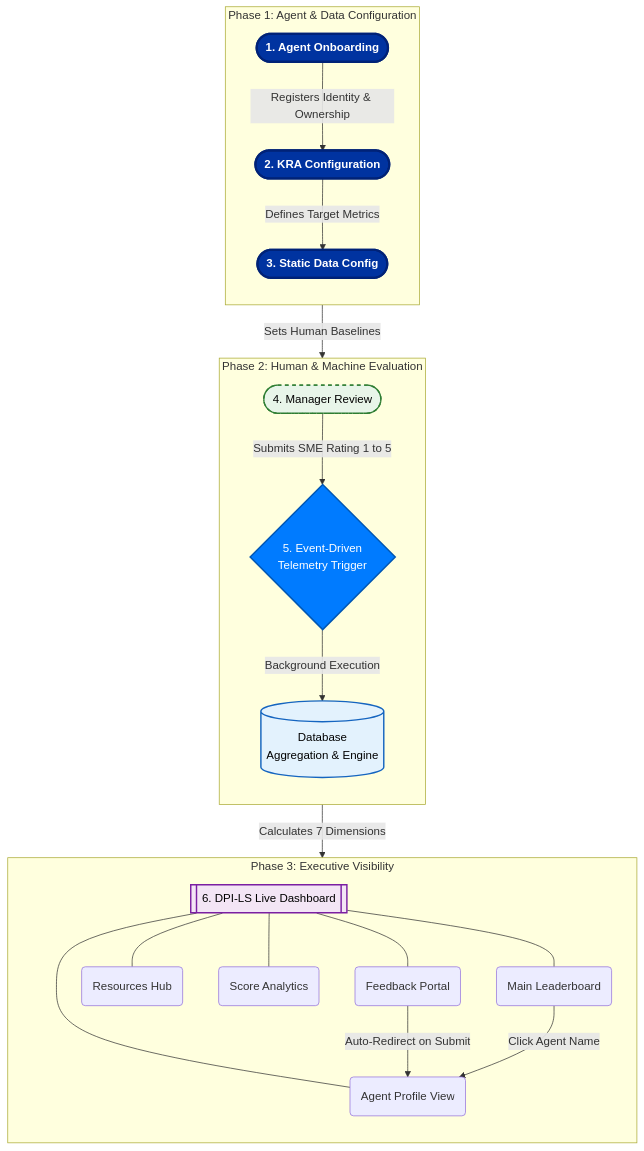
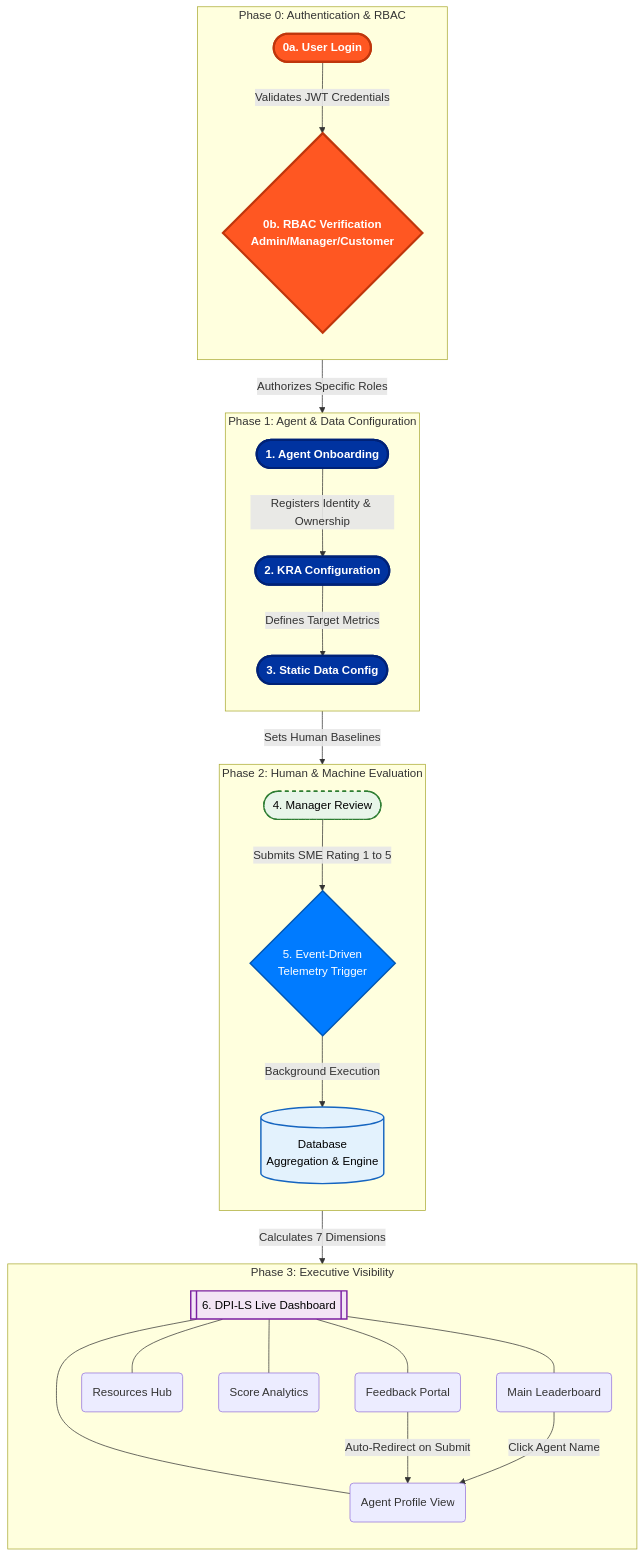
One commit to phanindraintelligenzit-afk/widget changed the diagram in dpi_ls_business_architecture.md. Above: the diagram before and after it, drawn with Mermaid.

Commit message:
docs: sync Phase 0 in mermaid architecture diagram

````diff
--- a/dpi_ls_business_architecture.md
+++ b/dpi_ls_business_architecture.md
@@ -5,52 +5,62 @@
 ```mermaid
 flowchart TD
     %% Define Global Styles
     classDef primary fill:#0033A0,stroke:#002277,stroke-width:3px,color:#ffffff,font-weight:bold,rx:10px,ry:10px;
     classDef secondary fill:#007BFF,stroke:#0056b3,stroke-width:2px,color:#ffffff,rx:8px,ry:8px;
     classDef database fill:#E3F2FD,stroke:#1565C0,stroke-width:2px,color:#000000;
     classDef dashboard fill:#F3E5F5,stroke:#7B1FA2,stroke-width:2px,color:#000000;
     classDef userAction fill:#E8F5E9,stroke:#2E7D32,stroke-width:2px,color:#000000,stroke-dasharray: 5 5;
+    classDef security fill:#FF5722,stroke:#BF360C,stroke-width:3px,color:#ffffff,font-weight:bold,rx:10px,ry:10px;
     
     %% Main Nodes
+    subgraph Phase 0: Security [Phase 0: Authentication & RBAC]
+        direction TB
+        L([0a. User Login]):::security
+        R{0b. RBAC Verification<br/>Admin/Manager/Customer}:::security
+    end
+
     subgraph Phase 1: Preparation [Phase 1: Agent & Data Configuration]
         direction TB
         A([1. Agent Onboarding]):::primary
         B([2. KRA Configuration]):::primary
         C([3. Static Data Config]):::primary
     end
 
     subgraph Phase 2: Evaluation [Phase 2: Human & Machine Evaluation]
         direction TB
         D([4. Manager Review]):::userAction
         E{5. Event-Driven<br/>Telemetry Trigger}:::secondary
         F[(Database<br/>Aggregation & Engine)]:::database
     end
     
     subgraph Phase 3: Visibility [Phase 3: Executive Visibility]
         direction TB
         G[[6. DPI-LS Live Dashboard]]:::dashboard
         G1(Main Leaderboard)
         G2(Resources Hub)
         G3(Score Analytics)
         G4(Feedback Portal)
         G5(Agent Profile View)
     end
 
     %% Connections
+    L -->|Validates JWT Credentials| R
+    R -->|Authorizes Specific Roles| A
+    
     A -->|Registers Identity & Ownership| B
     B -->|Defines Target Metrics| C
     C -->|Sets Human Baselines| D
     
     D -->|Submits SME Rating 1 to 5| E
     E -->|Background Execution| F
     F -->|Calculates 7 Dimensions| G
     
     G --- G1
     G --- G2
     G --- G3
     G --- G4
     G --- G5
     
     G4 -->|Auto-Redirect on Submit| G5
     G1 -->|Click Agent Name| G5
 ```
````
